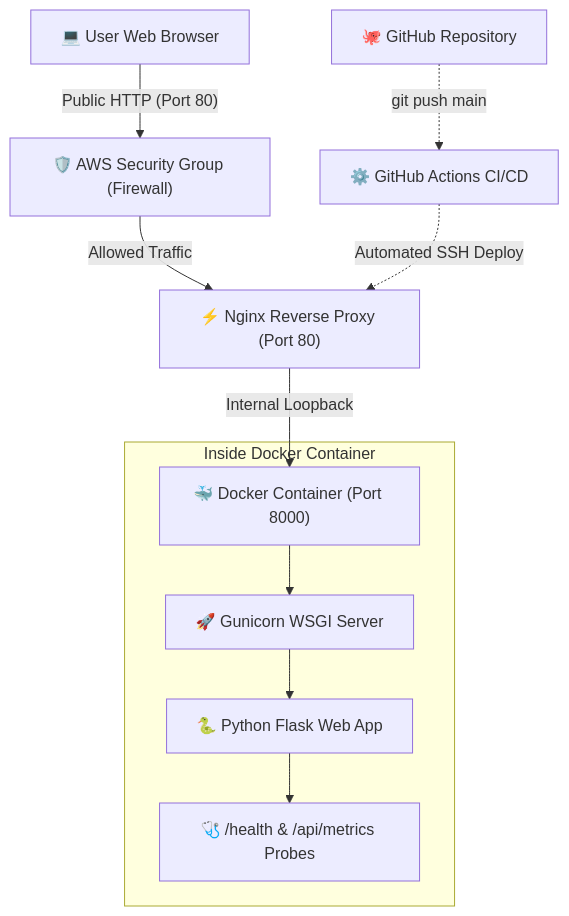
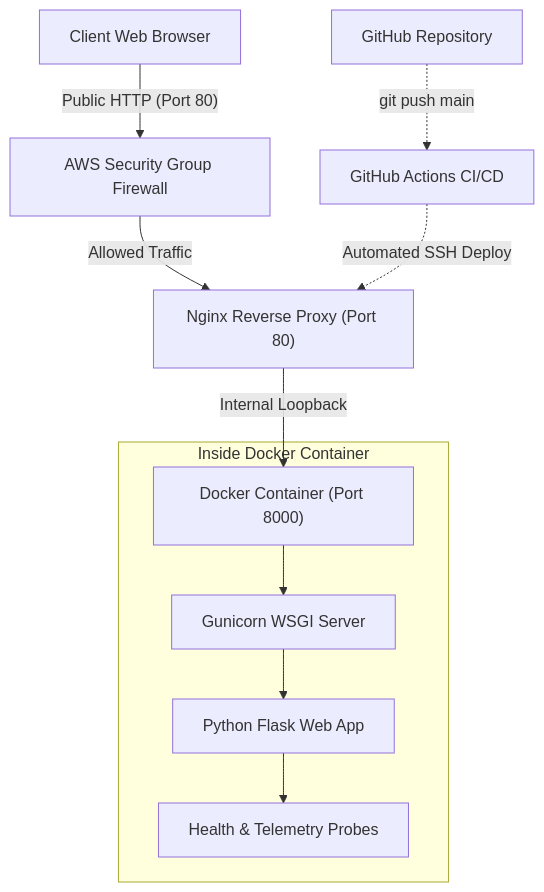
One commit to Rishith17/AI-Assisted-AWS-Web-App-Deployment changed the diagram in README.md. Above: the diagram before and after it, drawn with Mermaid. The commit also changed other lines of this file, not shown here.

Commit message:
Remove emojis from README and simplify architecture diagram

````diff
--- a/README.md
+++ b/README.md
@@ -15,15 +15,15 @@
 ```mermaid
 flowchart TD
-    User["💻 User Web Browser"] -->|"Public HTTP (Port 80)"| SG["🛡️ AWS Security Group (Firewall)"]
-    SG -->|"Allowed Traffic"| Nginx["⚡ Nginx Reverse Proxy (Port 80)"]
-    Nginx -->|"Internal Loopback"| Docker["🐳 Docker Container (Port 8000)"]
+    User["Client Web Browser"] -->|"Public HTTP (Port 80)"| SG["AWS Security Group Firewall"]
+    SG -->|"Allowed Traffic"| Nginx["Nginx Reverse Proxy (Port 80)"]
+    Nginx -->|"Internal Loopback"| Docker["Docker Container (Port 8000)"]
     
     subgraph InsideContainer["Inside Docker Container"]
-        Docker --> Gunicorn["🚀 Gunicorn WSGI Server"]
-        Gunicorn --> App["🐍 Python Flask Web App"]
-        App --> Probes["🩺 /health & /api/metrics Probes"]
+        Docker --> Gunicorn["Gunicorn WSGI Server"]
+        Gunicorn --> App["Python Flask Web App"]
+        App --> Probes["Health & Telemetry Probes"]
     end
 
-    GitHub["🐙 GitHub Repository"] -.->|"git push main"| Actions["⚙️ GitHub Actions CI/CD"]
+    GitHub["GitHub Repository"] -.->|"git push main"| Actions["GitHub Actions CI/CD"]
     Actions -.->|"Automated SSH Deploy"| Nginx
 ```
````
